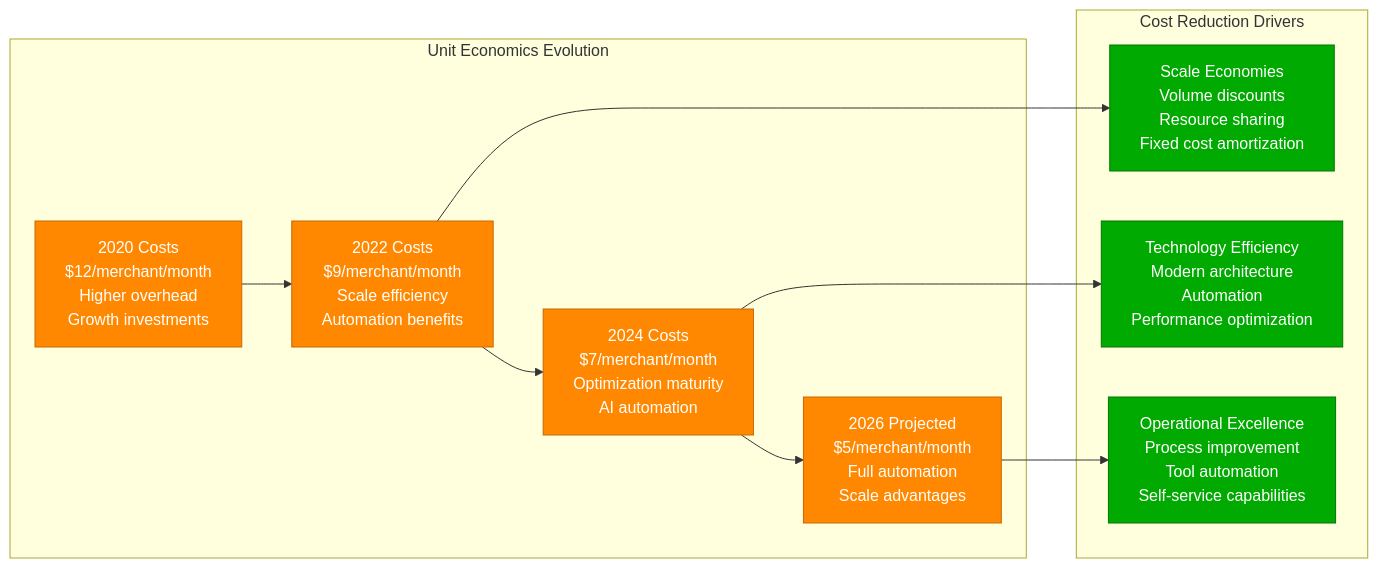
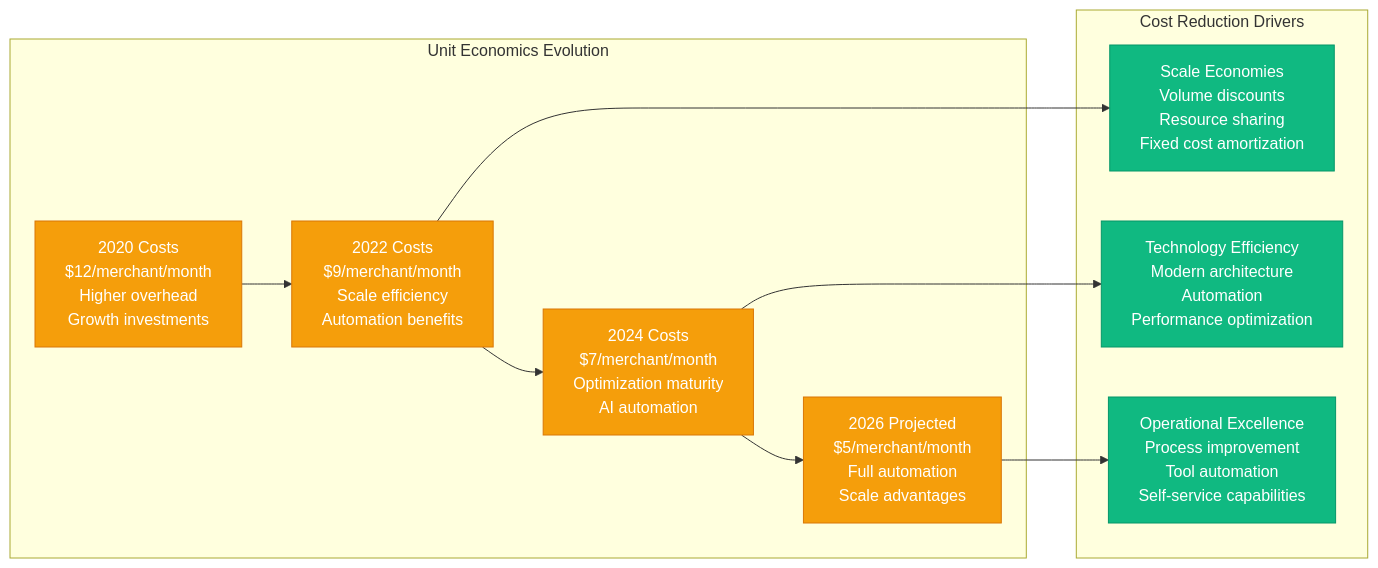
One commit to deepaucksharma/DS changed the eighth of 9 diagrams in site/docs/systems/shopify/cost-breakdown.md. Above: the diagram before and after it, drawn with Mermaid. The commit also changed other lines of this file and 303 other files, not shown here.

````diff
--- a/site/docs/systems/shopify/cost-breakdown.md
+++ b/site/docs/systems/shopify/cost-breakdown.md
@@ -389,36 +389,36 @@
 ```mermaid
 graph LR
     subgraph "Unit Economics Evolution"
         COST_2020[2020 Costs<br/>$12/merchant/month<br/>Higher overhead<br/>Growth investments]
 
         COST_2022[2022 Costs<br/>$9/merchant/month<br/>Scale efficiency<br/>Automation benefits]
 
         COST_2024[2024 Costs<br/>$7/merchant/month<br/>Optimization maturity<br/>AI automation]
 
         PROJECTED_2026[2026 Projected<br/>$5/merchant/month<br/>Full automation<br/>Scale advantages]
 
         COST_2020 --> COST_2022
         COST_2022 --> COST_2024
         COST_2024 --> PROJECTED_2026
     end
 
     %% Cost reduction drivers
     subgraph "Cost Reduction Drivers"
         SCALE_ECONOMIES[Scale Economies<br/>Volume discounts<br/>Resource sharing<br/>Fixed cost amortization]
 
         TECHNOLOGY_EFFICIENCY[Technology Efficiency<br/>Modern architecture<br/>Automation<br/>Performance optimization]
 
         OPERATIONAL_EXCELLENCE[Operational Excellence<br/>Process improvement<br/>Tool automation<br/>Self-service capabilities]
     end
 
     COST_2022 --> SCALE_ECONOMIES
     COST_2024 --> TECHNOLOGY_EFFICIENCY
     PROJECTED_2026 --> OPERATIONAL_EXCELLENCE
 
     %% Apply trend colors
-    classDef costTrendStyle fill:#FF8800,stroke:#CC6600,color:#fff
-    classDef driverStyle fill:#00AA00,stroke:#007700,color:#fff
+    classDef costTrendStyle fill:#F59E0B,stroke:#D97706,color:#fff
+    classDef driverStyle fill:#10B981,stroke:#059669,color:#fff
 
     class COST_2020,COST_2022,COST_2024,PROJECTED_2026 costTrendStyle
     class SCALE_ECONOMIES,TECHNOLOGY_EFFICIENCY,OPERATIONAL_EXCELLENCE driverStyle
 ```
````
